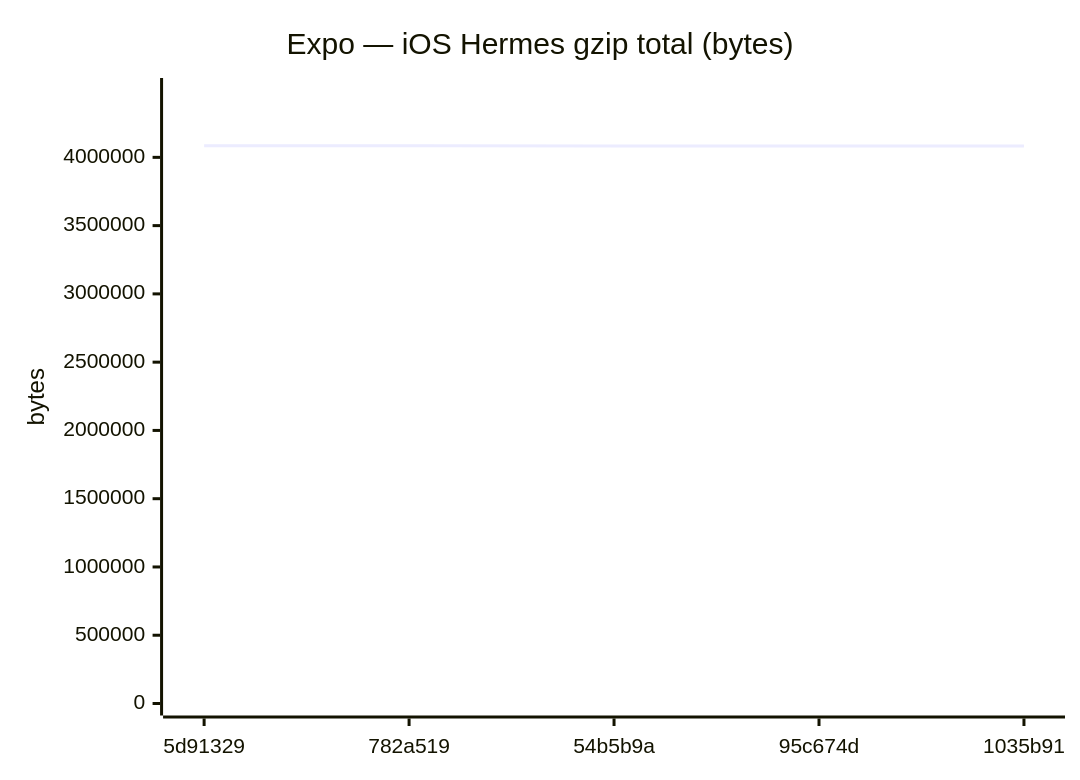
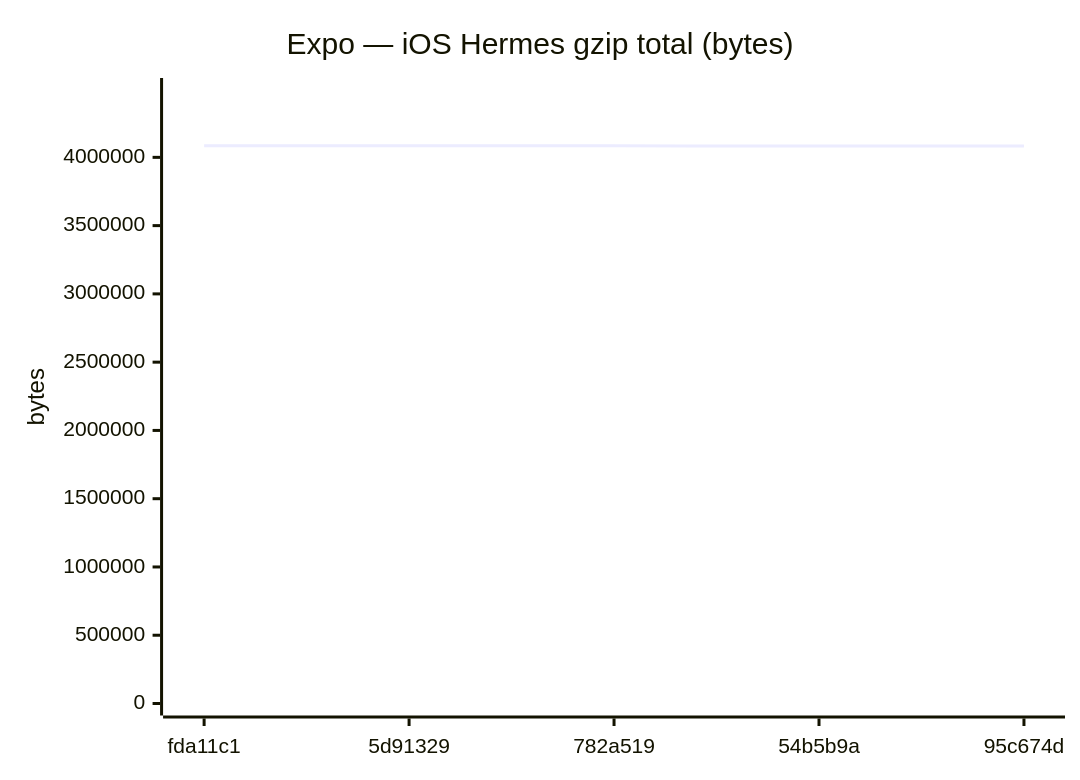
Before and after one commit to Metaheurist/Rianell: diagram 12 of 18 in benchmarks/compare.md, drawn with Mermaid. The commit also changed other lines of this file and 11 other files, not shown here.

````diff
--- a/benchmarks/compare.md
+++ b/benchmarks/compare.md
@@ -179,7 +179,7 @@
 ```mermaid
 xychart-beta
     title "Expo — iOS Hermes gzip total (bytes)"
-    x-axis ["5d91329", "782a519", "54b5b9a", "95c674d", "1035b91"]
-    y-axis "bytes" 0 --> 4493286
-    line [4084805, 4084677, 4082348, 4083105, 4083108]
+    x-axis ["fda11c1", "5d91329", "782a519", "54b5b9a", "95c674d"]
+    y-axis "bytes" 0 --> 4493294
+    line [4084812, 4084805, 4084677, 4082348, 4083105]
 ```
````
